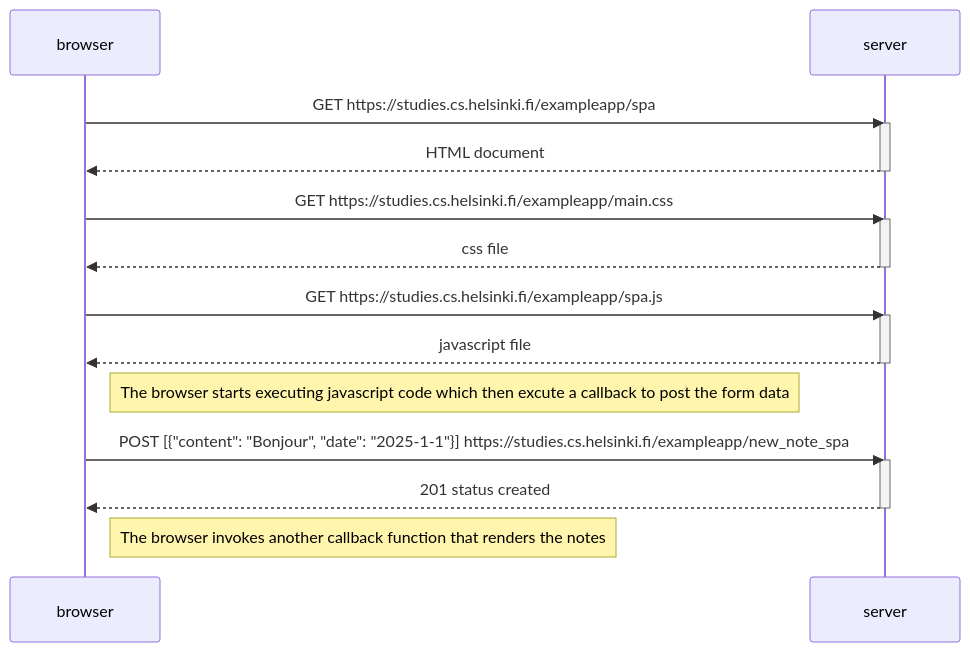
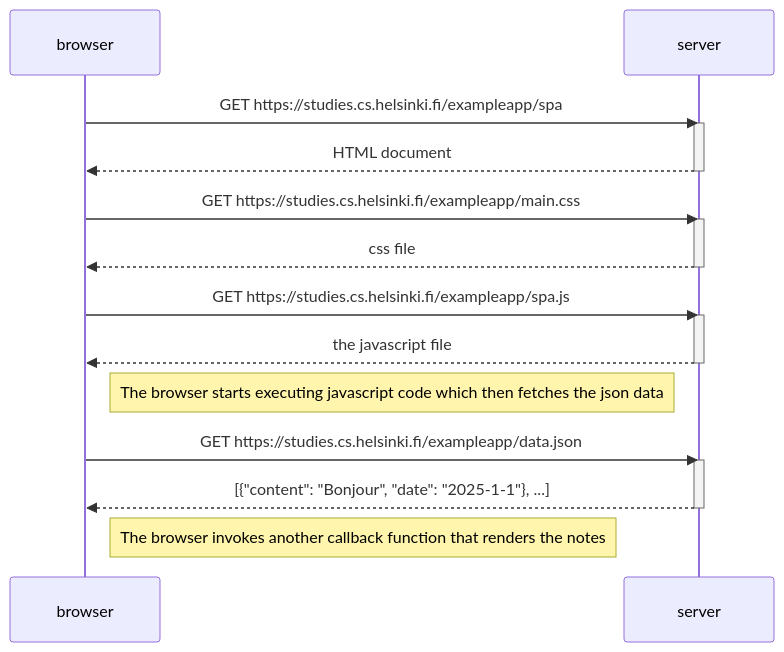
Before and after one commit to Ahyan-Shaikh/fullstackopen: the diagram in part0/Spa.md, drawn with Mermaid. The commit also changed 1 other file, not shown here.

Commit message:
Changed Spa.md and created NewNote

````diff
--- a/part0/Spa.md
+++ b/part0/Spa.md
@@ -1,31 +1,31 @@
 ```mermaid
 sequenceDiagram
 
     participant browser
     participant server
 
     browser->>server: GET https://studies.cs.helsinki.fi/exampleapp/spa
     activate server
     server-->>browser: HTML document
     deactivate server
 
     browser->>server: GET https://studies.cs.helsinki.fi/exampleapp/main.css
     activate server
     server-->>browser: css file
     deactivate server
 
     browser->>server: GET https://studies.cs.helsinki.fi/exampleapp/spa.js
     activate server
-    server-->>browser: javascript file
+    server-->>browser: the javascript file
     deactivate server
 
-    Note right of browser: The browser starts executing javascript code which then excute a callback to post the form data 
+    Note right of browser: The browser starts executing javascript code which then fetches the json data
 
-    browser->>server: POST [{"content": "Bonjour", "date": "2025-1-1"}] https://studies.cs.helsinki.fi/exampleapp/new_note_spa
+    browser->>server: GET https://studies.cs.helsinki.fi/exampleapp/data.json
     activate server
-    server-->>browser: 201 status created
+    server-->>browser: [{"content": "Bonjour", "date": "2025-1-1"}, ...];
     deactivate server
 
     Note right of browser: The browser invokes another callback function that renders the notes
 
 ```
````
